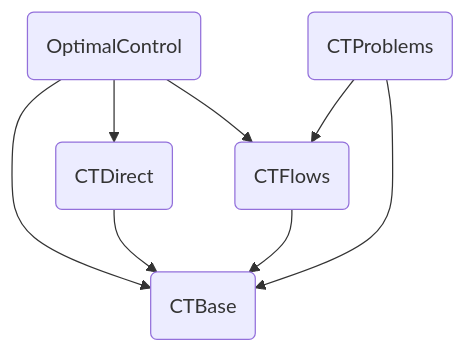
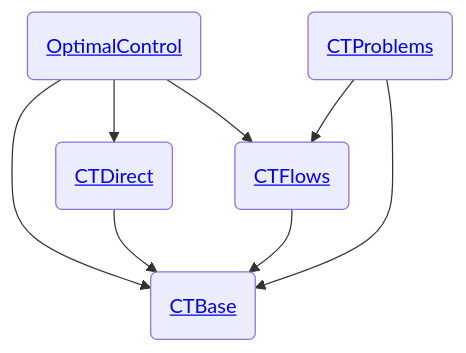
Before and after one commit to control-toolbox/.github: the diagram in profile/README.md, drawn with Mermaid.

````diff
--- a/profile/README.md
+++ b/profile/README.md
@@ -40,10 +40,10 @@
 ```mermaid
 flowchart TD
-O(OptimalControl) --> B(CTBase)
-O --> D(CTDirect)
-O --> F(CTFlows)
-P(CTProblems) --> F
+O(<a href='https://control-toolbox.org/docs/optimalcontrol/stable/'>OptimalControl</a>) --> B(<a href='https://control-toolbox.org/docs/ctbase/stable/'>CTBase</a>)
+O --> D(<a href='https://control-toolbox.org/docs/ctdirect/stable/'>CTDirect</a>)
+O --> F(<a href='https://control-toolbox.org/docs/ctflows/stable/'>CTFlows</a>)
+P(<a href='https://control-toolbox.org/docs/ctproblems/stable/'>CTProblems</a>) --> F
 P --> B
 F --> B
 D --> B
 ```
````
